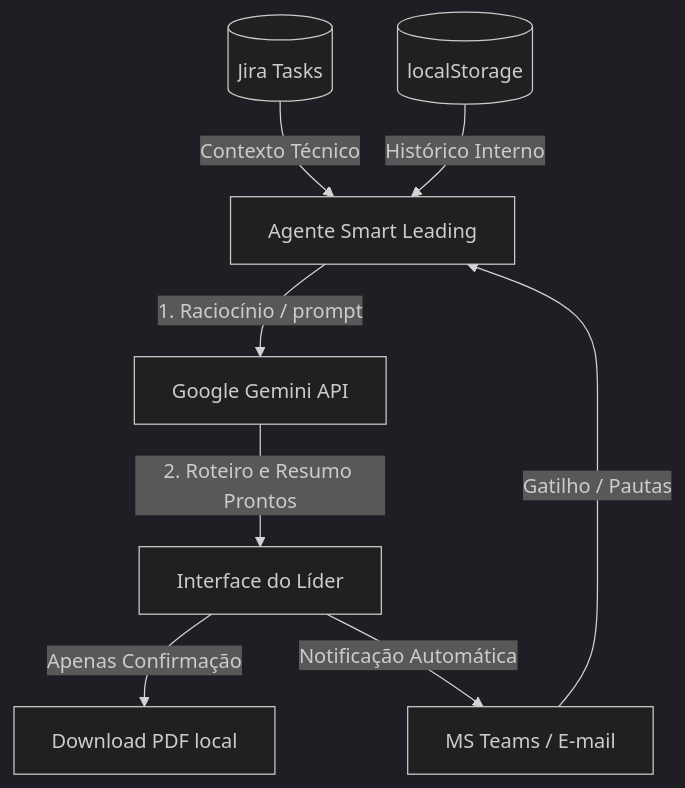
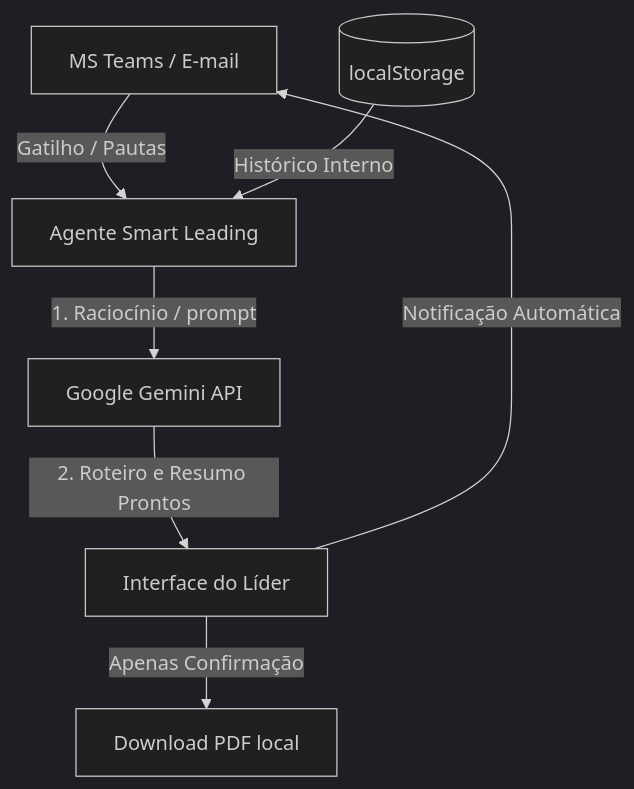
The diagram in docs/knowledge-base/agent-first-techniques.md (DanielBrianez/SmartLeading-ClearIT), drawn with Mermaid (dark theme) before and after one commit. The commit also changed other lines of this file, not shown here.

Commit message:
docs: remove gatilhos proativos e ingestao em background da KB de agent-first

````diff
--- a/docs/knowledge-base/agent-first-techniques.md
+++ b/docs/knowledge-base/agent-first-techniques.md
@@ -35,15 +27,14 @@
 ```mermaid
 graph TD
     %% Fontes de Contexto
-    Jira[(Jira Tasks)] -->|Contexto Técnico| Agent[Agente Smart Leading]
-    Teams[MS Teams / E-mail] -->|Gatilho / Pautas| Agent
+    Teams[MS Teams / E-mail] -->|Gatilho / Pautas| Agent[Agente Smart Leading]
     Local[(localStorage)] -->|Histórico Interno| Agent
     
     %% Ação do Agente
     Agent -->|1. Raciocínio / prompt| LLM[Google Gemini API]
     LLM -->|2. Roteiro e Resumo Prontos| UI[Interface do Líder]
     
     %% Saída Ativa
     UI -->|Apenas Confirmação| PDF[Download PDF local]
     UI -->|Notificação Automática| Teams
 ```
````
